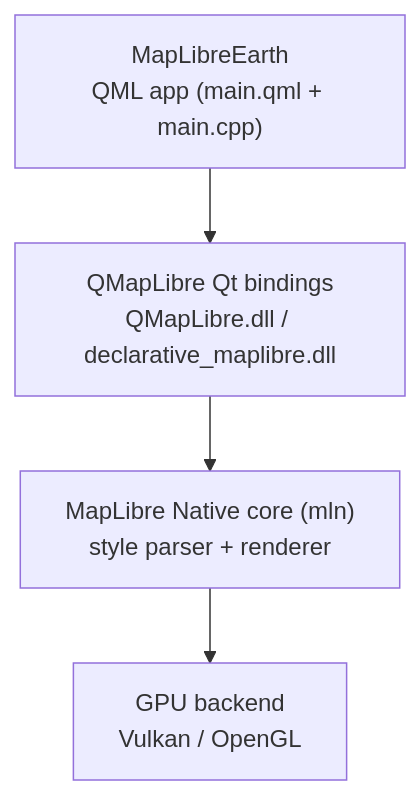
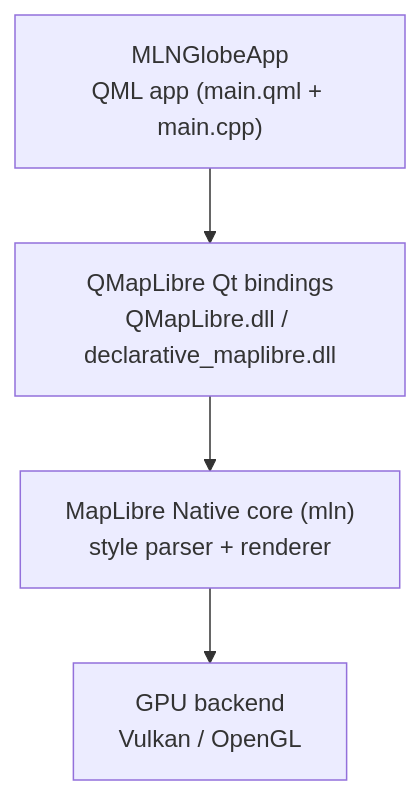
Before and after one commit to JohnDr/MLNGlobeApp: the diagram in wiki/architecture/overview.md, drawn with Mermaid. The commit also changed other lines of this file and 39 other files, not shown here.

First line of the commit message:
Rename app to MLNGlobeApp (code, README, wiki)

````diff
--- a/wiki/architecture/overview.md
+++ b/wiki/architecture/overview.md
@@ -14,10 +14,10 @@
 ```mermaid
 flowchart TB
-    App["MapLibreEarth\nQML app (main.qml + main.cpp)"]
+    App["MLNGlobeApp\nQML app (main.qml + main.cpp)"]
     Bind["QMapLibre Qt bindings\nQMapLibre.dll / declarative_maplibre.dll"]
     Core["MapLibre Native core (mln)\nstyle parser + renderer"]
     GPU["GPU backend\nVulkan / OpenGL"]
     App --> Bind
     Bind --> Core
     Core --> GPU
 ```
````
